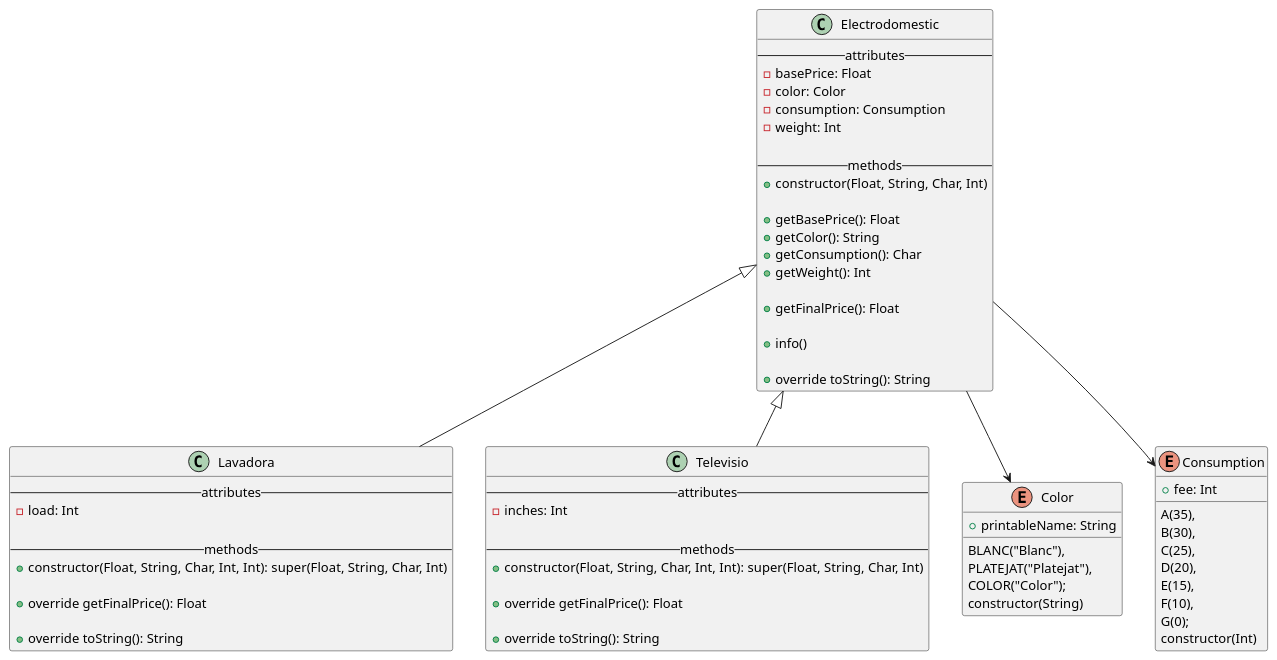
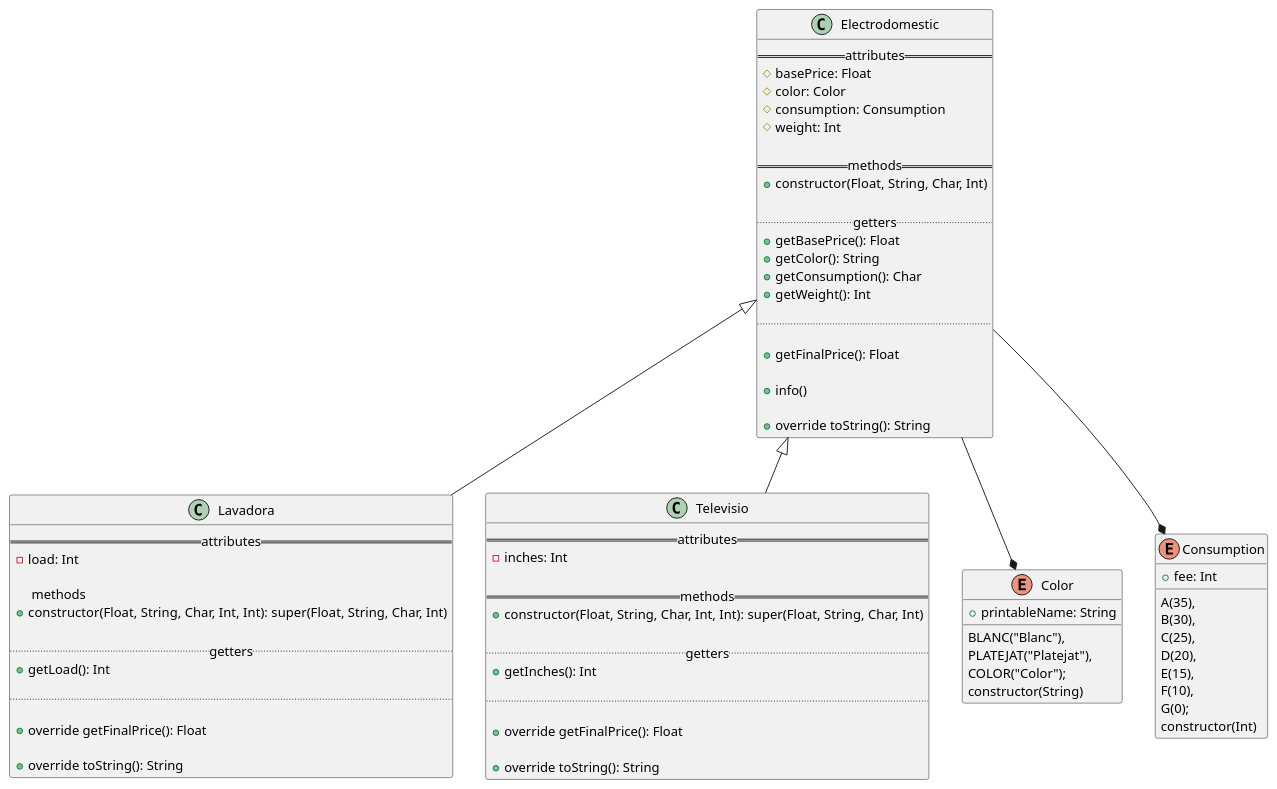
The second of 2 diagrams in README.md (picuu/itb-poo), drawn with PlantUML before and after one commit. The commit also changed other lines of this file, not shown here.

Commit message:
update activity 8 UML diagram

````diff
--- a/README.md
+++ b/README.md
@@ -113,79 +113,92 @@
-```uml
+```puml
 @startuml
 class Electrodomestic {
--- attributes --
-- basePrice: Float
-- color: Color
-- consumption: Consumption
-- weight: Int
+  == attributes ==
+  # basePrice: Float
+  # color: Color
+  # consumption: Consumption
+  # weight: Int
 
--- methods --
-+ constructor(Float, String, Char, Int)
+  == methods ==
+  + constructor(Float, String, Char, Int)
 
-+ getBasePrice(): Float
-+ getColor(): String
-+ getConsumption(): Char
-+ getWeight(): Int
+  .. getters ..
+  + getBasePrice(): Float
+  + getColor(): String
+  + getConsumption(): Char
+  + getWeight(): Int
 
-+ getFinalPrice(): Float
+  ..
 
-+ info()
+  + getFinalPrice(): Float
 
-+ override toString(): String
+  + info()
+
+  + override toString(): String
 }
 
 class Lavadora {
--- attributes --
-- load: Int
+  == attributes ==
+  - load: Int
 
--- methods --
-+ constructor(Float, String, Char, Int, Int): super(Float, String, Char, Int)
+   == methods ==
+  + constructor(Float, String, Char, Int, Int): super(Float, String, Char, Int)
 
-+ override getFinalPrice(): Float
+  .. getters ..
+  + getLoad(): Int
 
-+ override toString(): String
+  ..
+
+  + override getFinalPrice(): Float
+
+  + override toString(): String
 }
 
 class Televisio {
--- attributes --
-- inches: Int
+  == attributes ==
+  - inches: Int
 
--- methods --
-+ constructor(Float, String, Char, Int, Int): super(Float, String, Char, Int)
+  == methods ==
+  + constructor(Float, String, Char, Int, Int): super(Float, String, Char, Int)
 
-+ override getFinalPrice(): Float
+  .. getters ..
+  + getInches(): Int
 
-+ override toString(): String
+  ..
+
+  + override getFinalPrice(): Float
+
+  + override toString(): String
 }
 
 enum Color {
-    BLANC("Blanc"),
-    PLATEJAT("Platejat"),
-    COLOR("Color");
+  BLANC("Blanc"),
+  PLATEJAT("Platejat"),
+  COLOR("Color");
 
-    + printableName: String
+  + printableName: String
 
-    constructor(String)
+  constructor(String)
 }
 
 enum Consumption {
-    A(35),
-    B(30),
-    C(25),
-    D(20),
-    E(15),
-    F(10),
-    G(0);
+  A(35),
+  B(30),
+  C(25),
+  D(20),
+  E(15),
+  F(10),
+  G(0);
 
-    + fee: Int
+  + fee: Int
 
-    constructor(Int)
+  constructor(Int)
 }
 
 Electrodomestic <|-- Lavadora
 Electrodomestic <|-- Televisio
 
-Electrodomestic --> Color
-Electrodomestic --> Consumption
+Electrodomestic --* Color
+Electrodomestic --* Consumption
 @enduml
 ```
````
